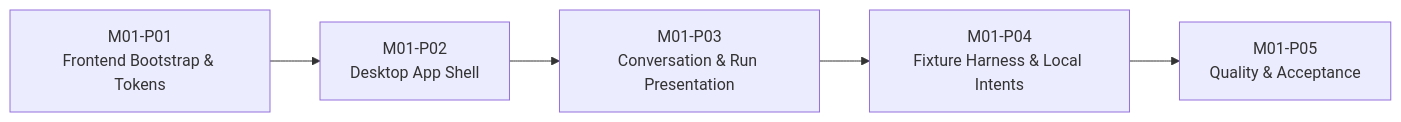
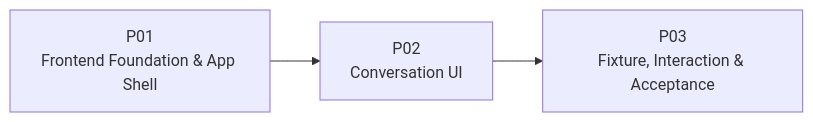
Before and after one commit to TotoroKingdom/Mini-Codex: the diagram in Mini-Agent/docs/features/M01-ui-foundation/PLAN.md, drawn with Mermaid. The commit also changed other lines of this file and 4 other files, not shown here.

````diff
--- a/Mini-Agent/docs/features/M01-ui-foundation/PLAN.md
+++ b/Mini-Agent/docs/features/M01-ui-foundation/PLAN.md
@@ -75,10 +18,8 @@
 ```mermaid
 flowchart LR
-    P01["M01-P01<br/>Frontend Bootstrap & Tokens"]
-    P02["M01-P02<br/>Desktop App Shell"]
-    P03["M01-P03<br/>Conversation & Run Presentation"]
-    P04["M01-P04<br/>Fixture Harness & Local Intents"]
-    P05["M01-P05<br/>Quality & Acceptance"]
+    P01["P01<br/>Frontend Foundation & App Shell"]
+    P02["P02<br/>Conversation UI"]
+    P03["P03<br/>Fixture, Interaction & Acceptance"]
 
-    P01 --> P02 --> P03 --> P04 --> P05
+    P01 --> P02 --> P03
 ```
````
